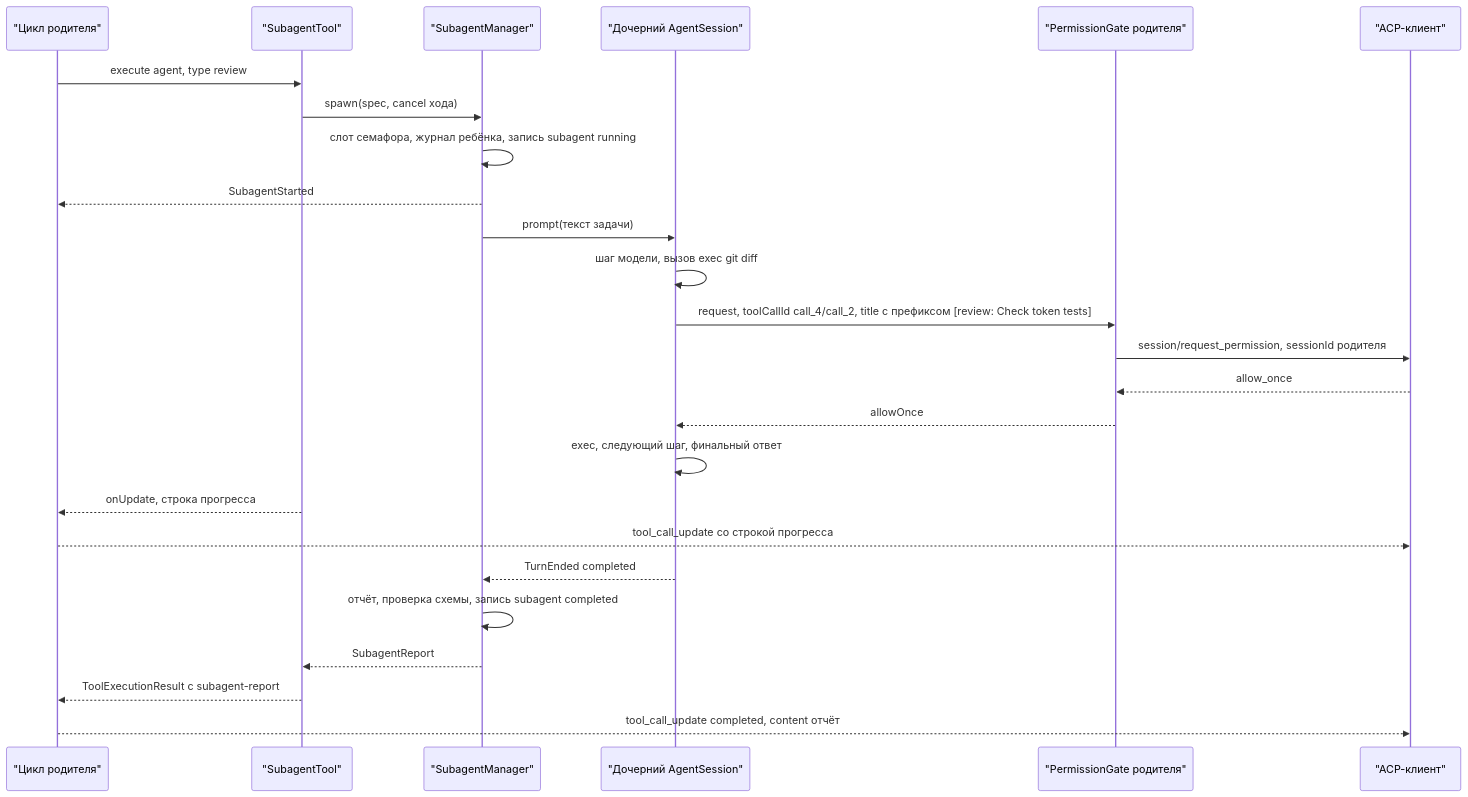
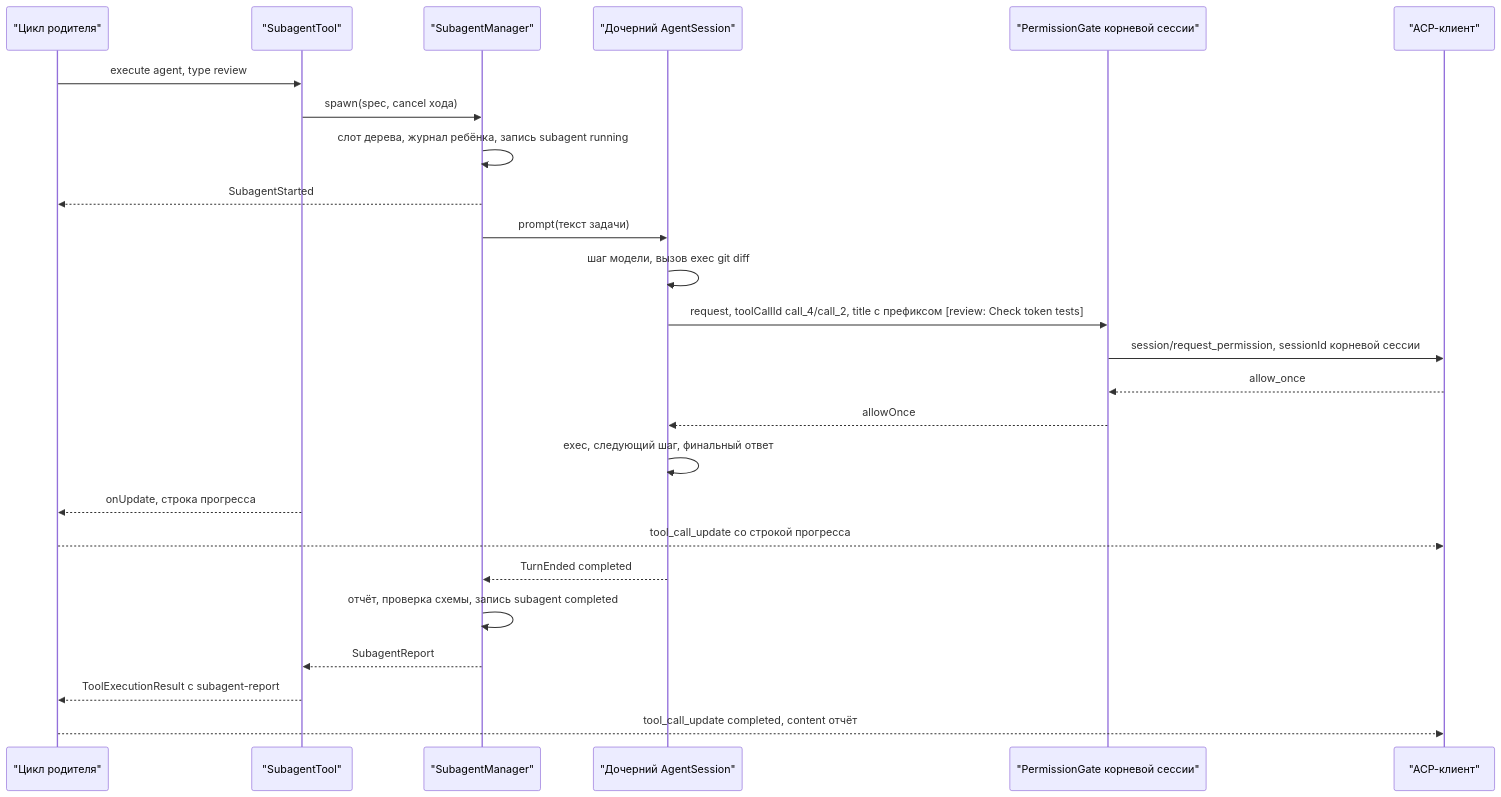
One commit to pese-git/codelab-app changed the third of 4 diagrams in docs/architecture/proposals/agent-core/17-3-subagents.md. Above: the diagram before and after it, drawn with Mermaid. The commit also changed other lines of this file and 9 other files, not shown here.

````diff
--- a/docs/architecture/proposals/agent-core/17-3-subagents.md
+++ b/docs/architecture/proposals/agent-core/17-3-subagents.md
@@ -1263,27 +1277,27 @@
 ```mermaid
 sequenceDiagram
     participant PL as "Цикл родителя"
     participant TT as "SubagentTool"
     participant SM as "SubagentManager"
     participant CH as "Дочерний AgentSession"
-    participant PG as "PermissionGate родителя"
+    participant PG as "PermissionGate корневой сессии"
     participant CL as "ACP-клиент"
     PL->>TT: execute agent, type review
     TT->>SM: spawn(spec, cancel хода)
-    SM->>SM: слот семафора, журнал ребёнка, запись subagent running
+    SM->>SM: слот дерева, журнал ребёнка, запись subagent running
     SM-->>PL: SubagentStarted
     SM->>CH: prompt(текст задачи)
     CH->>CH: шаг модели, вызов exec git diff
     CH->>PG: request, toolCallId call_4/call_2, title с префиксом [review: Check token tests]
-    PG->>CL: session/request_permission, sessionId родителя
+    PG->>CL: session/request_permission, sessionId корневой сессии
     CL-->>PG: allow_once
     PG-->>CH: allowOnce
     CH->>CH: exec, следующий шаг, финальный ответ
     TT-->>PL: onUpdate, строка прогресса
     PL-->>CL: tool_call_update со строкой прогресса
     CH-->>SM: TurnEnded completed
     SM->>SM: отчёт, проверка схемы, запись subagent completed
     SM-->>TT: SubagentReport
     TT-->>PL: ToolExecutionResult с subagent-report
     PL-->>CL: tool_call_update completed, content отчёт
 ```
````
